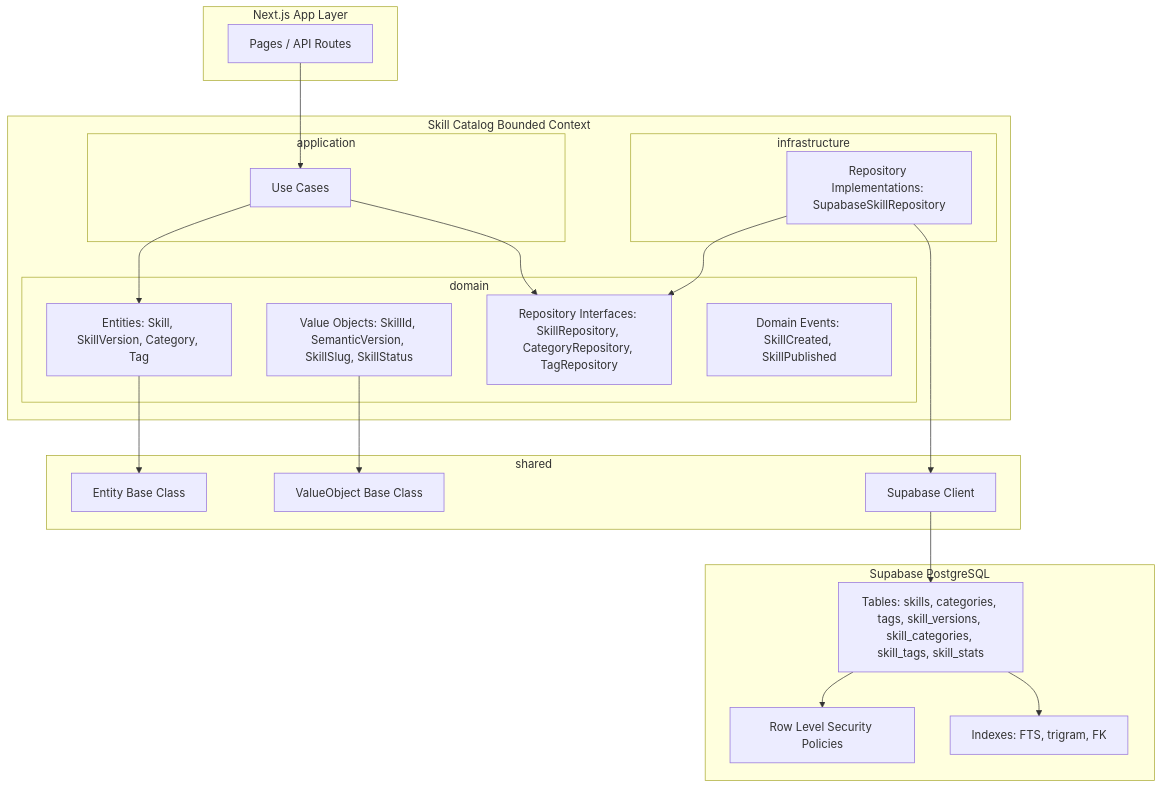
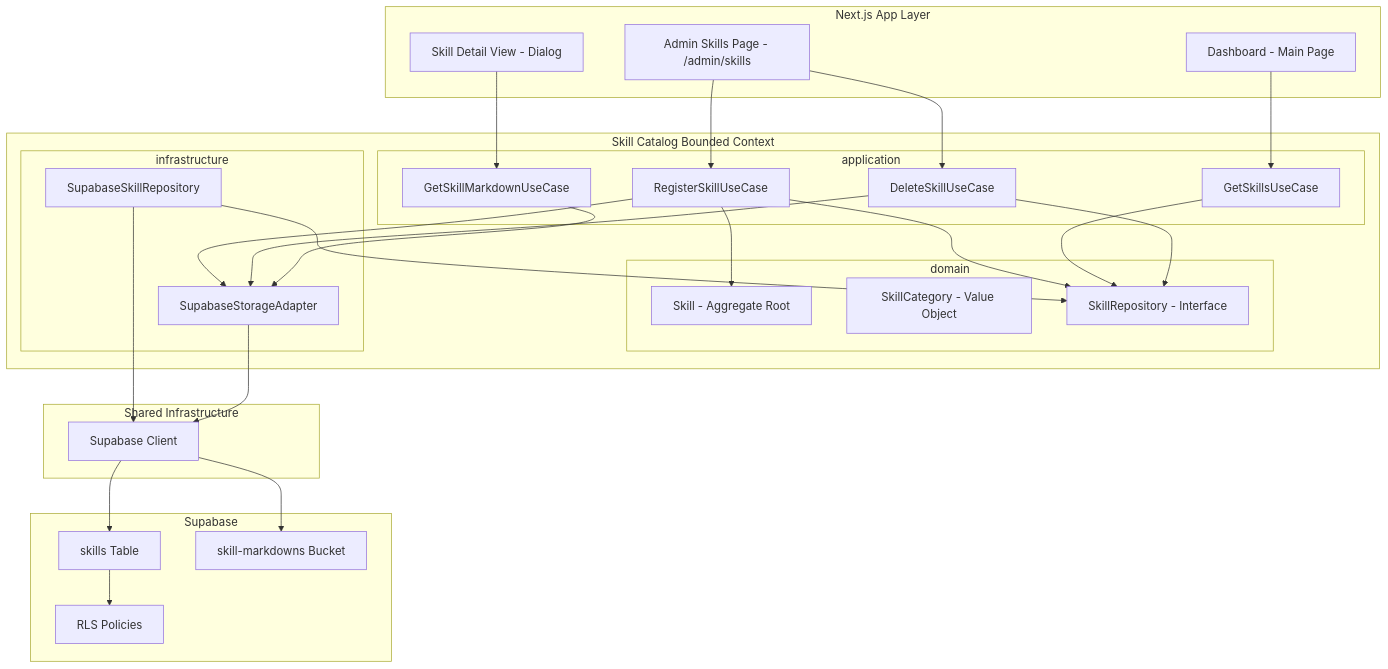
The first of 5 diagrams in .kiro/specs/plugin-catalog-db/design.md (eluoaxjun/eluo-skill-hub), drawn with Mermaid before and after one commit. The commit also changed other lines of this file and 144 other files, not shown here.

````diff
--- a/.kiro/specs/plugin-catalog-db/design.md
+++ b/.kiro/specs/plugin-catalog-db/design.md
@@ -31,44 +42,56 @@
 ```mermaid
 graph TB
     subgraph NextJS["Next.js App Layer"]
-        Pages["Pages / API Routes"]
+        AdminSkillsPage["Admin Skills Page - /admin/skills"]
+        Dashboard["Dashboard - Main Page"]
+        SkillDetailView["Skill Detail View - Dialog"]
     end
 
     subgraph SkillCatalog["Skill Catalog Bounded Context"]
         subgraph Domain["domain"]
-            Entities["Entities: Skill, SkillVersion, Category, Tag"]
-            ValueObjects["Value Objects: SkillId, SemanticVersion, SkillSlug, SkillStatus"]
-            RepoInterface["Repository Interfaces: SkillRepository, CategoryRepository, TagRepository"]
-            DomainEvents["Domain Events: SkillCreated, SkillPublished"]
+            SkillEntity["Skill - Aggregate Root"]
+            SkillCategory["SkillCategory - Value Object"]
+            SkillRepoInterface["SkillRepository - Interface"]
         end
         subgraph Application["application"]
-            UseCases["Use Cases"]
+            RegisterSkillUseCase["RegisterSkillUseCase"]
+            GetSkillsUseCase["GetSkillsUseCase"]
+            DeleteSkillUseCase["DeleteSkillUseCase"]
+            GetSkillMarkdownUseCase["GetSkillMarkdownUseCase"]
         end
         subgraph Infrastructure["infrastructure"]
-            RepoImpl["Repository Implementations: SupabaseSkillRepository"]
+            SupabaseSkillRepo["SupabaseSkillRepository"]
+            SupabaseStorageAdapter["SupabaseStorageAdapter"]
         end
     end
 
-    subgraph Shared["shared"]
-        EntityBase["Entity Base Class"]
-        VOBase["ValueObject Base Class"]
+    subgraph SharedInfra["Shared Infrastructure"]
         SupabaseClient["Supabase Client"]
     end
 
-    subgraph Supabase["Supabase PostgreSQL"]
-        Tables["Tables: skills, categories, tags, skill_versions, skill_categories, skill_tags, skill_stats"]
-        RLS["Row Level Security Policies"]
-        Indexes["Indexes: FTS, trigram, FK"]
+    subgraph Supabase["Supabase"]
+        SkillsTable["skills Table"]
+        StorageBucket["skill-markdowns Bucket"]
+        RLS["RLS Policies"]
     end
 
-    Pages --> UseCases
-    UseCases --> Entities
-    UseCases --> RepoInterface
-    RepoImpl --> RepoInterface
-    RepoImpl --> SupabaseClient
-    Entities --> EntityBase
-    ValueObjects --> VOBase
-    SupabaseClient --> Tables
-    Tables --> RLS
-    Tables --> Indexes
+    AdminSkillsPage --> RegisterSkillUseCase
+    AdminSkillsPage --> DeleteSkillUseCase
+    Dashboard --> GetSkillsUseCase
+    SkillDetailView --> GetSkillMarkdownUseCase
+
+    RegisterSkillUseCase --> SkillEntity
+    RegisterSkillUseCase --> SkillRepoInterface
+    RegisterSkillUseCase --> SupabaseStorageAdapter
+    GetSkillsUseCase --> SkillRepoInterface
+    DeleteSkillUseCase --> SkillRepoInterface
+    DeleteSkillUseCase --> SupabaseStorageAdapter
+    GetSkillMarkdownUseCase --> SupabaseStorageAdapter
+
+    SupabaseSkillRepo --> SkillRepoInterface
+    SupabaseSkillRepo --> SupabaseClient
+    SupabaseStorageAdapter --> SupabaseClient
+    SupabaseClient --> SkillsTable
+    SupabaseClient --> StorageBucket
+    SkillsTable --> RLS
 ```
````
